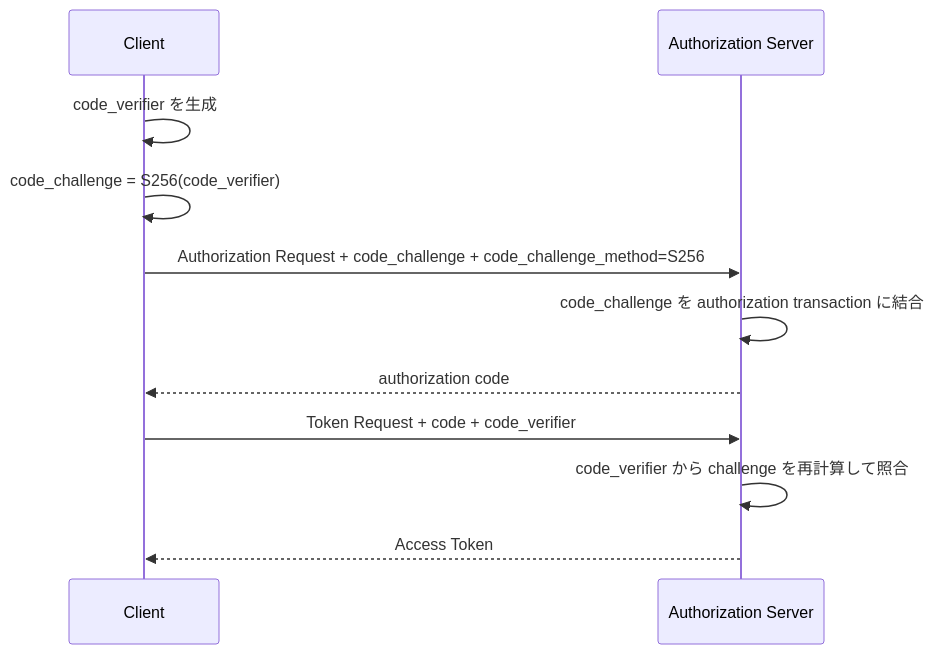
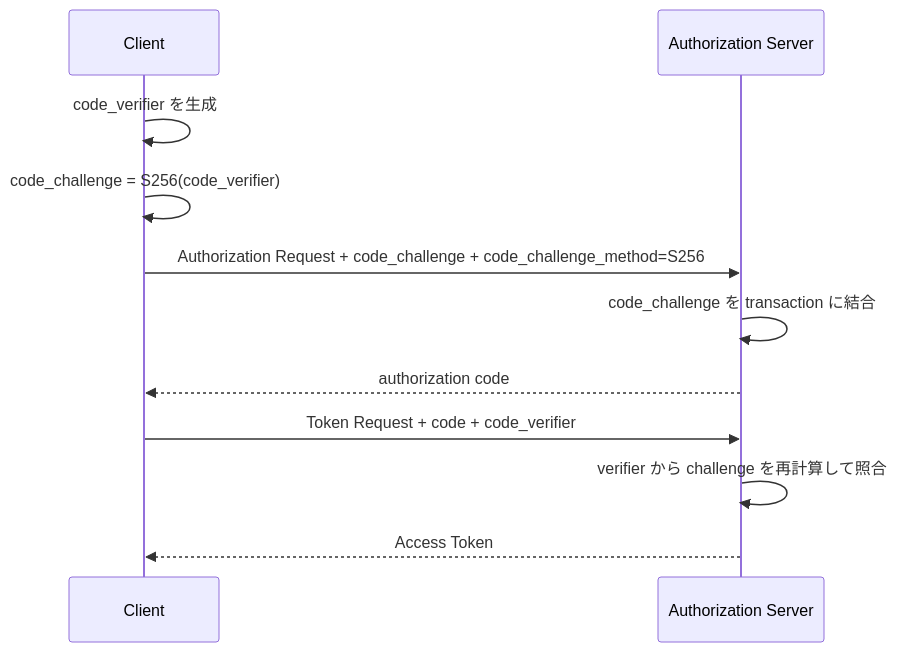
Before and after one commit to nbifrye/1548d6d9-8655-48d3-817f-d41469b6b27e: the second of 3 diagrams in _posts/2026-09-18-oauth-security-bcp-rfc9700.md, drawn with Mermaid. The commit also changed other lines of this file, not shown here.

Commit message:
Focus RFC 9700 article on Authorization Code Grant security

```diff
--- a/_posts/2026-09-18-oauth-security-bcp-rfc9700.md
+++ b/_posts/2026-09-18-oauth-security-bcp-rfc9700.md
@@ -62,13 +68,13 @@
 <pre class="mermaid">
 sequenceDiagram
     participant C as Client
     participant AS as Authorization Server
     C->>C: code_verifier を生成
     C->>C: code_challenge = S256(code_verifier)
     C->>AS: Authorization Request + code_challenge + code_challenge_method=S256
-    AS->>AS: code_challenge を authorization transaction に結合
+    AS->>AS: code_challenge を transaction に結合
     AS-->>C: authorization code
     C->>AS: Token Request + code + code_verifier
-    AS->>AS: code_verifier から challenge を再計算して照合
+    AS->>AS: verifier から challenge を再計算して照合
     AS-->>C: Access Token
 </pre>
```
